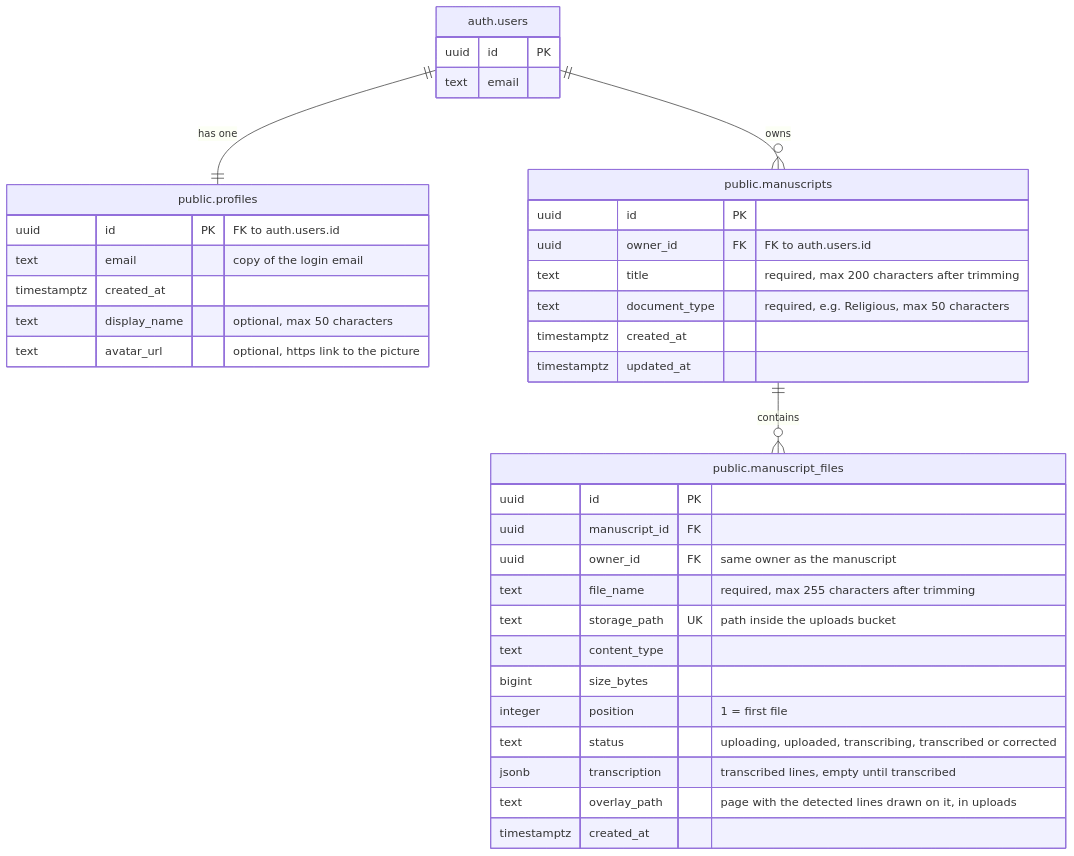
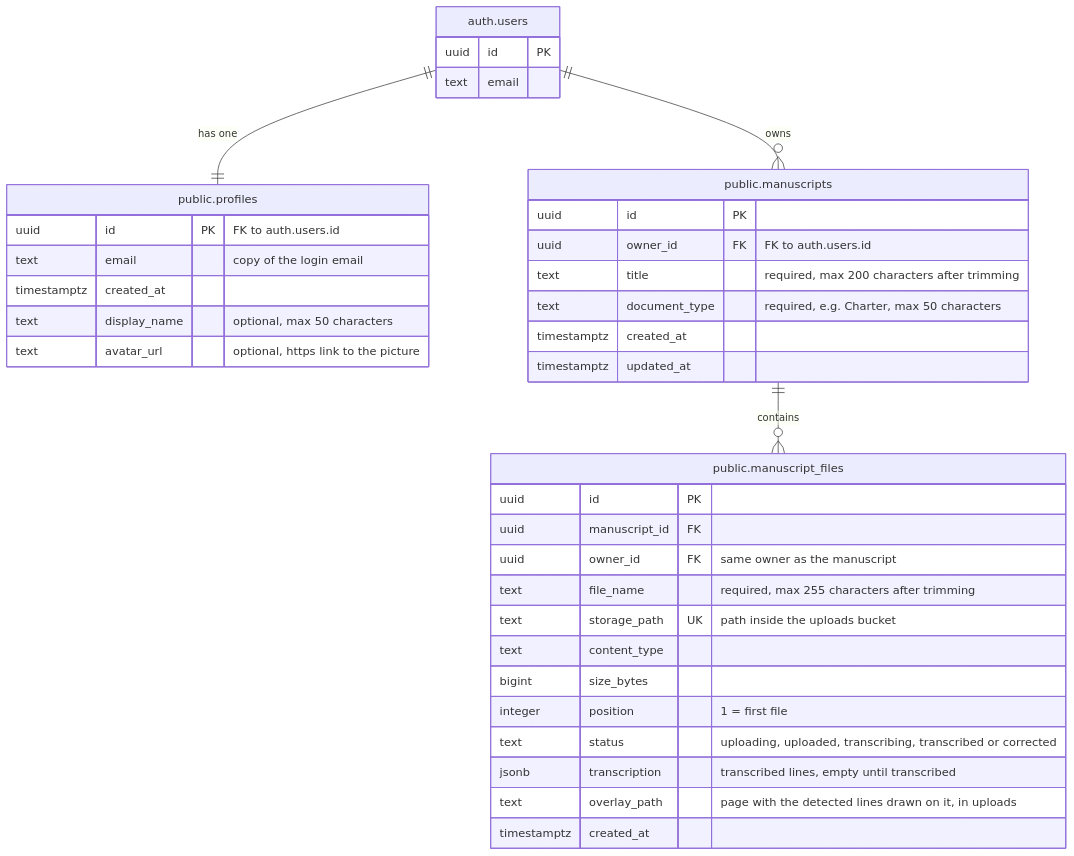
The diagram in docs/database.md (nlklfor/manulator), drawn with Mermaid before and after one commit. The commit also changed other lines of this file and 8 other files, not shown here.

````diff
--- a/docs/database.md
+++ b/docs/database.md
@@ -13,39 +13,39 @@
 ```mermaid
 erDiagram
     "auth.users" ||--|| "public.profiles" : "has one"
     "auth.users" ||--o{ "public.manuscripts" : "owns"
     "public.manuscripts" ||--o{ "public.manuscript_files" : "contains"
     "auth.users" {
         uuid id PK
         text email
     }
     "public.profiles" {
         uuid id PK "FK to auth.users.id"
         text email "copy of the login email"
         timestamptz created_at
         text display_name "optional, max 50 characters"
         text avatar_url "optional, https link to the picture"
     }
     "public.manuscripts" {
         uuid id PK
         uuid owner_id FK "FK to auth.users.id"
         text title "required, max 200 characters after trimming"
-        text document_type "required, e.g. Religious, max 50 characters"
+        text document_type "required, e.g. Charter, max 50 characters"
         timestamptz created_at
         timestamptz updated_at
     }
     "public.manuscript_files" {
         uuid id PK
         uuid manuscript_id FK
         uuid owner_id FK "same owner as the manuscript"
         text file_name "required, max 255 characters after trimming"
         text storage_path UK "path inside the uploads bucket"
         text content_type
         bigint size_bytes
         integer position "1 = first file"
         text status "uploading, uploaded, transcribing, transcribed or corrected"
         jsonb transcription "transcribed lines, empty until transcribed"
         text overlay_path "page with the detected lines drawn on it, in uploads"
         timestamptz created_at
     }
 ```
````
